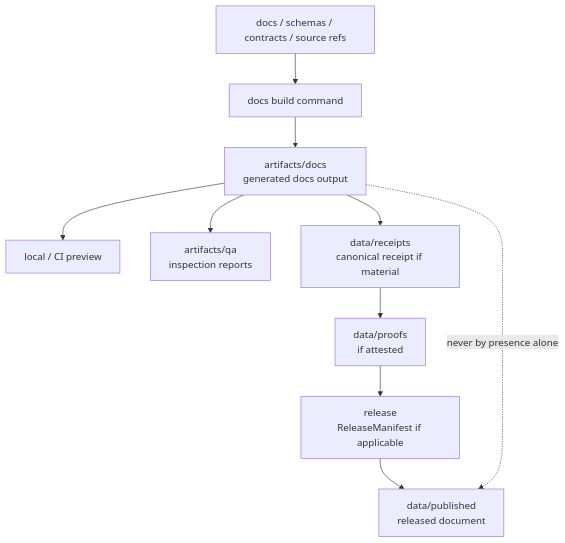
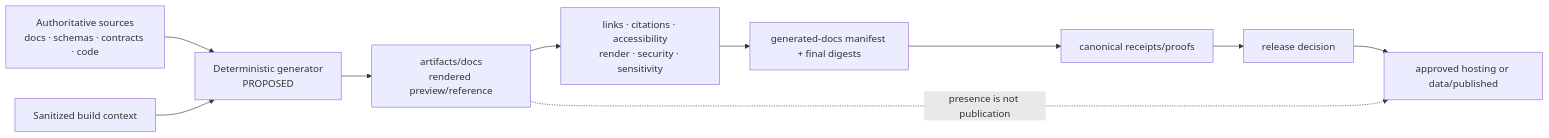
The diagram in artifacts/docs/README.md (bartytime4life/Kansas-Frontier-Matrix), drawn with Mermaid before and after one commit. The commit also changed other lines of this file, not shown here.

Commit message:
docs(artifacts): ground generated docs boundary

````diff
--- a/artifacts/docs/README.md
+++ b/artifacts/docs/README.md
@@ -178,12 +281,12 @@
 ```mermaid
-flowchart TD
-    source["docs / schemas / contracts / source refs"] --> build["docs build command"]
-    build --> docsout["artifacts/docs\ngenerated docs output"]
-    docsout --> preview["local / CI preview"]
-    docsout --> qa["artifacts/qa\ninspection reports"]
-    docsout --> receipt["data/receipts\ncanonical receipt if material"]
-    receipt --> proof["data/proofs\nif attested"]
-    proof --> release["release\nReleaseManifest if applicable"]
-    release --> published["data/published\nreleased document"]
-    docsout -. "never by presence alone" .-> published
+flowchart LR
+    S["Authoritative sources<br/>docs · schemas · contracts · code"] --> P["Deterministic generator<br/>PROPOSED"]
+    E["Sanitized build context"] --> P
+    P --> O["artifacts/docs<br/>rendered preview/reference"]
+    O --> V["links · citations · accessibility<br/>render · security · sensitivity"]
+    V --> M["generated-docs manifest + final digests"]
+    M --> R["canonical receipts/proofs"]
+    R --> G["release decision"]
+    G --> U["approved hosting or data/published"]
+    O -. "presence is not publication" .-> U
 ```
````
